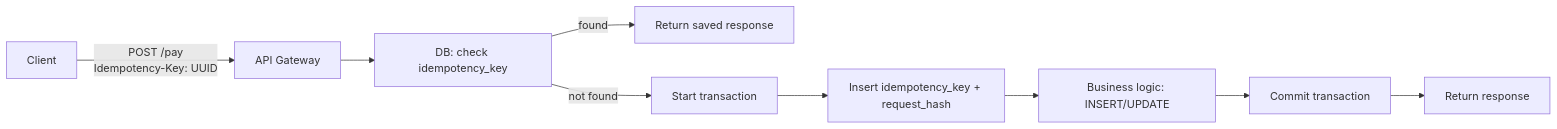
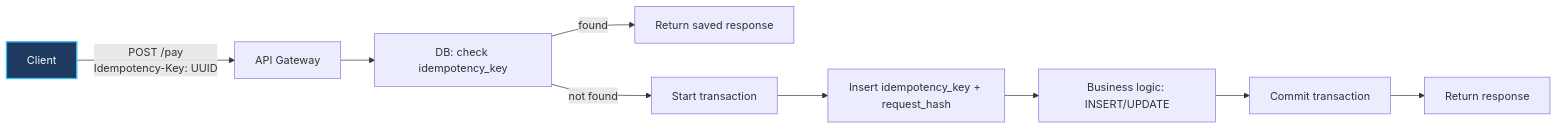
The first of 2 diagrams in sources/12. Базы данных/10. Практика и архитектура/12. Idempotency и БД.md (UnrealTemplier/go-textbook), drawn with Mermaid before and after one commit. The commit also changed 1666 other files, not shown here.

First line of the commit message:
feat(mermaid): add semantic color classDef to 1369 colorless flowchart/graph diagrams

````diff
--- a/sources/12. Базы данных/10. Практика и архитектура/12. Idempotency и БД.md
+++ b/sources/12. Базы данных/10. Практика и архитектура/12. Idempotency и БД.md
@@ -93,11 +93,21 @@
 ```mermaid
 flowchart LR
-  A["Client"] -->|"POST /pay<br>Idempotency-Key: UUID"| B["API Gateway"]
+    classDef process  fill:#1e293b,stroke:#38bdf8,stroke-width:1px,color:#f8fafc
+    classDef success  fill:#064e3b,stroke:#34d399,stroke-width:1px,color:#f8fafc
+    classDef error    fill:#7f1d1d,stroke:#f87171,stroke-width:1px,color:#f8fafc
+    classDef warning  fill:#78350f,stroke:#fbbf24,stroke-width:1px,color:#f8fafc
+    classDef entry    fill:#1e3a5f,stroke:#38bdf8,stroke-width:2px,color:#f8fafc
+    classDef aux      fill:#334155,stroke:#64748b,stroke-width:1px,color:#f8fafc
+    classDef system   fill:#312e81,stroke:#a78bfa,stroke-width:1px,color:#f8fafc
+    classDef data     fill:#132d29,stroke:#2dd4bf,stroke-width:1px,color:#f8fafc
+    classDef network  fill:#881337,stroke:#fb7185,stroke-width:1px,color:#f8fafc
+    classDef accent   fill:#1e1b4b,stroke:#818cf8,stroke-width:1px,color:#f8fafc
+  A["Client"]:::entry -->|"POST /pay<br>Idempotency-Key: UUID"| B["API Gateway"]
   B --> C["DB: check idempotency_key"]
   C -->|"found"| D["Return saved response"]
   C -->|"not found"| E["Start transaction"]
   E --> F["Insert idempotency_key + request_hash"]
   F --> G["Business logic: INSERT/UPDATE"]
   G --> H["Commit transaction"]
   H --> I["Return response"]
 ```
````
